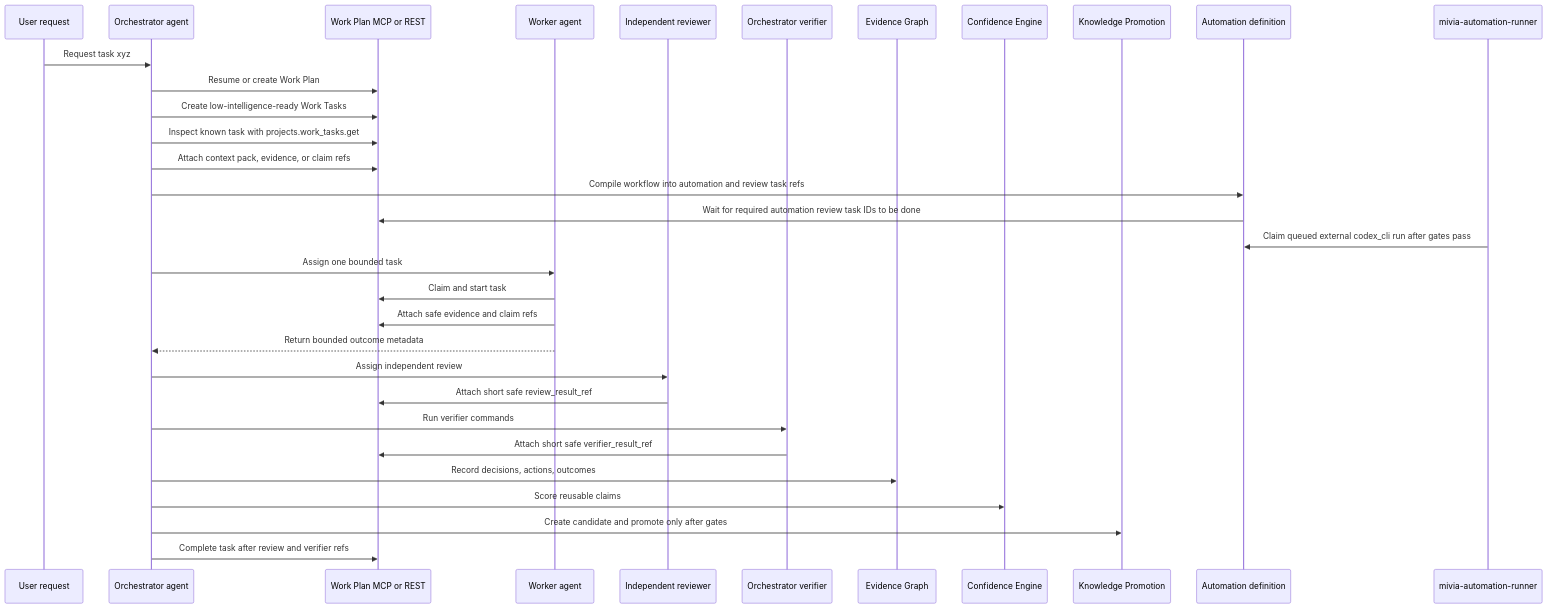
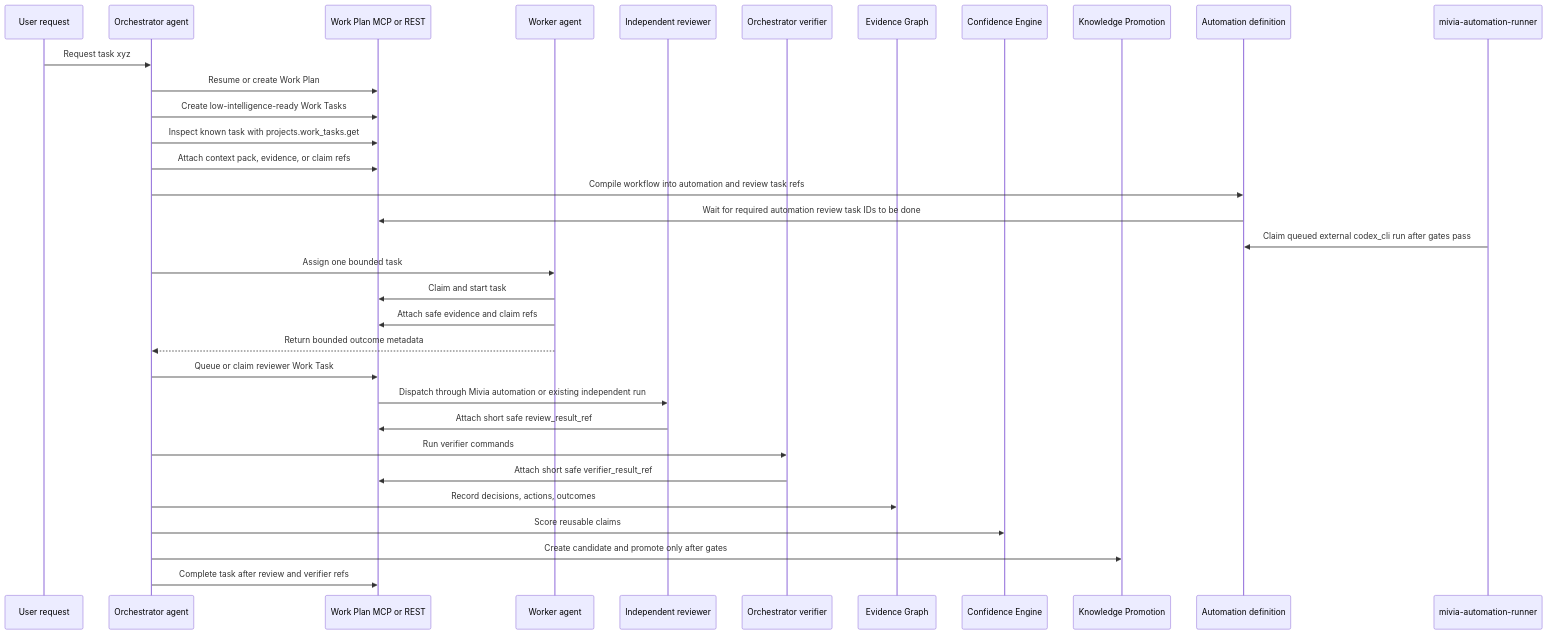
Before and after one commit to MiviaLabs/go-mivia: the eighth of 9 diagrams in docs/architecture/system-architecture.md, drawn with Mermaid. The commit also changed other lines of this file and 25 other files, not shown here.

````diff
--- a/docs/architecture/system-architecture.md
+++ b/docs/architecture/system-architecture.md
@@ -373,35 +373,36 @@
 ```mermaid
 sequenceDiagram
   participant User as User request
   participant Orchestrator as Orchestrator agent
   participant MCP as Work Plan MCP or REST
   participant Worker as Worker agent
   participant Reviewer as Independent reviewer
   participant Verifier as Orchestrator verifier
   participant Evidence as Evidence Graph
   participant Confidence as Confidence Engine
   participant Knowledge as Knowledge Promotion
   participant Automation as Automation definition
   participant Runner as mivia-automation-runner
 
   User->>Orchestrator: Request task xyz
   Orchestrator->>MCP: Resume or create Work Plan
   Orchestrator->>MCP: Create low-intelligence-ready Work Tasks
   Orchestrator->>MCP: Inspect known task with projects.work_tasks.get
   Orchestrator->>MCP: Attach context pack, evidence, or claim refs
   Orchestrator->>Automation: Compile workflow into automation and review task refs
   Automation->>MCP: Wait for required automation review task IDs to be done
   Runner->>Automation: Claim queued external codex_cli run after gates pass
   Orchestrator->>Worker: Assign one bounded task
   Worker->>MCP: Claim and start task
   Worker->>MCP: Attach safe evidence and claim refs
   Worker-->>Orchestrator: Return bounded outcome metadata
-  Orchestrator->>Reviewer: Assign independent review
+  Orchestrator->>MCP: Queue or claim reviewer Work Task
+  MCP->>Reviewer: Dispatch through Mivia automation or existing independent run
   Reviewer->>MCP: Attach short safe review_result_ref
   Orchestrator->>Verifier: Run verifier commands
   Verifier->>MCP: Attach short safe verifier_result_ref
   Orchestrator->>Evidence: Record decisions, actions, outcomes
   Orchestrator->>Confidence: Score reusable claims
   Orchestrator->>Knowledge: Create candidate and promote only after gates
   Orchestrator->>MCP: Complete task after review and verifier refs
 ```
````
